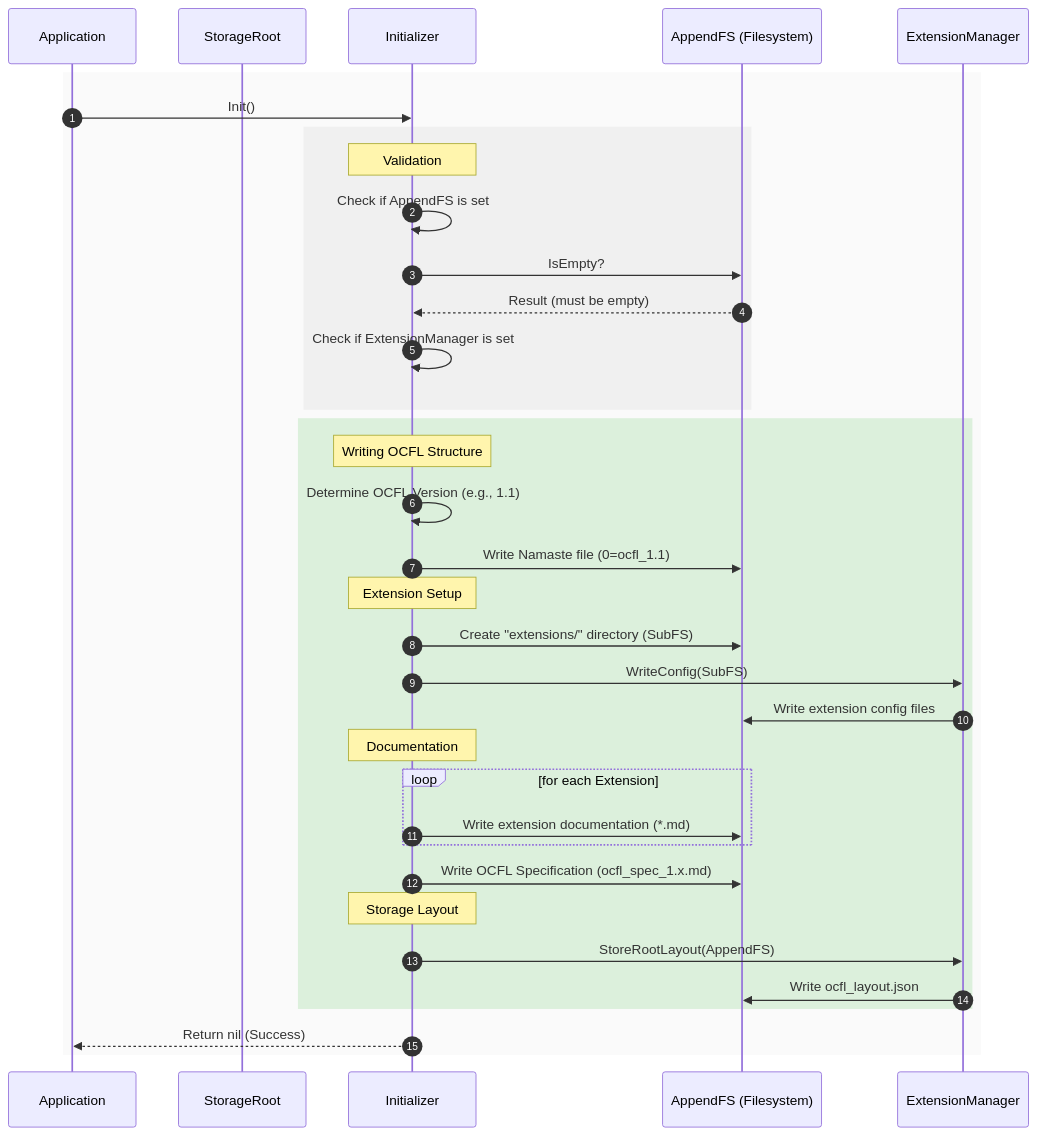
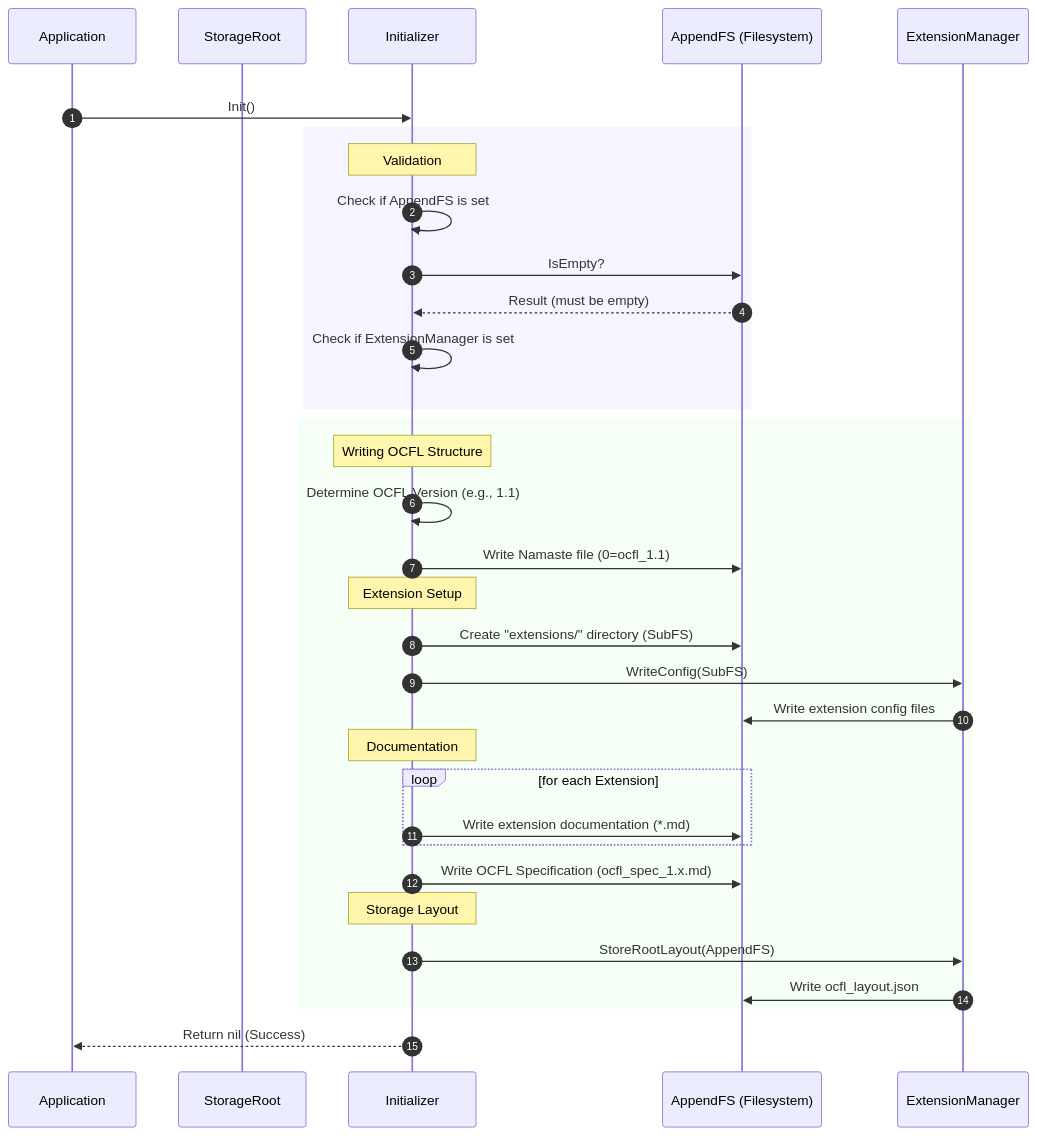
The diagram in pkg/ocfl/storageroot/docs/init_sequence.md (ocfl-archive/gocfl), drawn with Mermaid before and after one commit. The commit also changed 4 other files, not shown here.

Commit message:
Updated Mermaid sequence diagrams across documentation to enhance color consistency in `rect` syntax for improved readability.

````diff
--- a/pkg/ocfl/storageroot/docs/init_sequence.md
+++ b/pkg/ocfl/storageroot/docs/init_sequence.md
@@ -9,44 +9,44 @@
 ```mermaid
 sequenceDiagram
     autonumber
-    rect rgb(250, 250, 250)
+    rect rgb(255, 255, 255)
     participant App as Application
     participant SR as StorageRoot
     participant Init as Initializer
     participant FS as AppendFS (Filesystem)
     participant EM as ExtensionManager
 
     App->>Init: Init()
     
-    rect rgb(240, 240, 240)
+    rect rgb(245, 245, 255)
     Note over Init: Validation
     Init->>Init: Check if AppendFS is set
     Init->>FS: IsEmpty?
     FS-->>Init: Result (must be empty)
     Init->>Init: Check if ExtensionManager is set
     end
 
-    rect rgb(220, 240, 220)
+    rect rgb(245, 255, 245)
     Note over Init: Writing OCFL Structure
     Init->>Init: Determine OCFL Version (e.g., 1.1)
     Init->>FS: Write Namaste file (0=ocfl_1.1)
     
     Note over Init: Extension Setup
     Init->>FS: Create "extensions/" directory (SubFS)
     Init->>EM: WriteConfig(SubFS)
     EM->>FS: Write extension config files
     
     Note over Init: Documentation
     loop for each Extension
         Init->>FS: Write extension documentation (*.md)
     end
     Init->>FS: Write OCFL Specification (ocfl_spec_1.x.md)
     
     Note over Init: Storage Layout
     Init->>EM: StoreRootLayout(AppendFS)
     EM->>FS: Write ocfl_layout.json
     end
 
     Init-->>App: Return nil (Success)
     end
 ```
````
